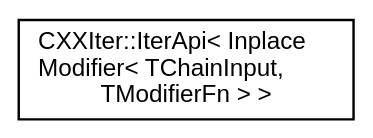
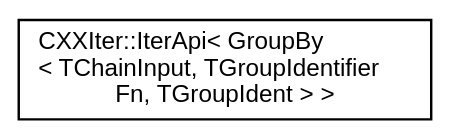
One commit to seijikun/CXXIter changed the diagram in inherit_graph_6.dot. Above: the diagram before and after it, drawn with Graphviz. The commit also changed 54 other files, not shown here.

```diff
--- a/inherit_graph_6.dot
+++ b/inherit_graph_6.dot
@@ -1,10 +1,10 @@
 digraph "Graphical Class Hierarchy"
 {
  // INTERACTIVE_SVG=YES
  // LATEX_PDF_SIZE
   bgcolor="transparent";
   edge [fontname="Helvetica",fontsize="10",labelfontname="Helvetica",labelfontsize="10"];
   node [fontname="Helvetica",fontsize="10",shape=record];
   rankdir="LR";
-  Node0 [label="CXXIter::IterApi\< Inplace\lModifier\< TChainInput,\l TModifierFn \> \>",height=0.2,width=0.4,color="black",URL="$classCXXIter_1_1IterApi.html",tooltip=" "];
+  Node0 [label="CXXIter::IterApi\< GroupBy\l\< TChainInput, TGroupIdentifier\lFn, TGroupIdent \> \>",height=0.2,width=0.4,color="black",URL="$classCXXIter_1_1IterApi.html",tooltip=" "];
 }
```
